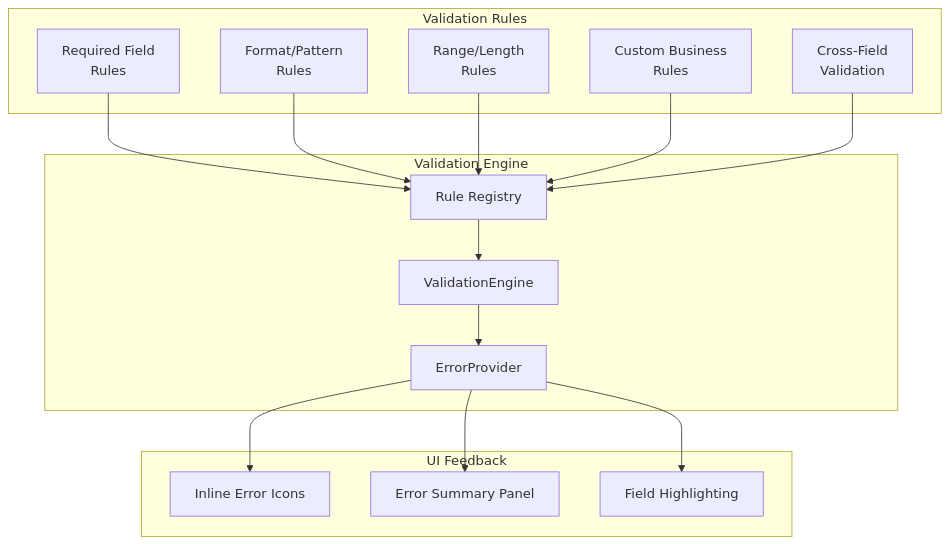
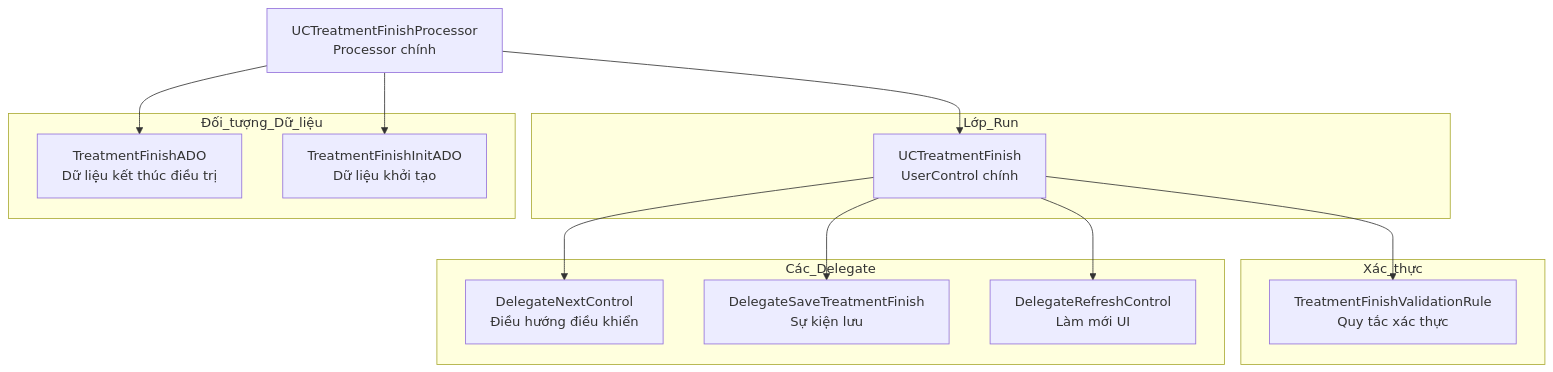
The third of 20 diagrams in docs/his-ba-documentation/02-modules/uc-controls/form-type-controls.md (thangpnb/HIS), drawn with Mermaid before and after one commit. The commit also changed other lines of this file and 30 other files, not shown here.

Commit message:
Refactor architecture docs and update translations

````diff
--- a/docs/his-ba-documentation/02-modules/uc-controls/form-type-controls.md
+++ b/docs/his-ba-documentation/02-modules/uc-controls/form-type-controls.md
@@ -240,35 +1011,32 @@
 ```mermaid
 graph TB
-    subgraph "Validation Rules"
-        Required["Required Field<br/>Rules"]
-        Format["Format/Pattern<br/>Rules"]
-        Range["Range/Length<br/>Rules"]
-        Custom["Custom Business<br/>Rules"]
-        CrossField["Cross-Field<br/>Validation"]
+    Processor["UCTreatmentFinishProcessor<br/>Processor chính"]
+    
+    subgraph "Lớp_Run"
+        UCTreatmentFinish["UCTreatmentFinish<br/>UserControl chính"]
     end
     
-    subgraph "Validation Engine"
-        Engine["ValidationEngine"]
-        RuleRegistry["Rule Registry"]
-        ErrorProvider["ErrorProvider"]
+    subgraph "Đối_tượng_Dữ_liệu"
+        TreatmentFinishADO["TreatmentFinishADO<br/>Dữ liệu kết thúc điều trị"]
+        TreatmentFinishInitADO["TreatmentFinishInitADO<br/>Dữ liệu khởi tạo"]
     end
     
-    subgraph "UI Feedback"
-        Inline["Inline Error Icons"]
-        Summary["Error Summary Panel"]
-        Highlight["Field Highlighting"]
+    subgraph "Xác_thực"
+        TreatmentFinishValidationRule["TreatmentFinishValidationRule<br/>Quy tắc xác thực"]
     end
     
-    Required --> RuleRegistry
-    Format --> RuleRegistry
-    Range --> RuleRegistry
-    Custom --> RuleRegistry
-    CrossField --> RuleRegistry
+    subgraph "Các_Delegate"
+        DelegateNextControl["DelegateNextControl<br/>Điều hướng điều khiển"]
+        DelegateSaveTreatmentFinish["DelegateSaveTreatmentFinish<br/>Sự kiện lưu"]
+        DelegateRefreshControl["DelegateRefreshControl<br/>Làm mới UI"]
+    end
     
-    RuleRegistry --> Engine
-    Engine --> ErrorProvider
+    Processor --> UCTreatmentFinish
+    Processor --> TreatmentFinishADO
+    Processor --> TreatmentFinishInitADO
     
-    ErrorProvider --> Inline
-    ErrorProvider --> Summary
-    ErrorProvider --> Highlight
+    UCTreatmentFinish --> TreatmentFinishValidationRule
+    UCTreatmentFinish --> DelegateNextControl
+    UCTreatmentFinish --> DelegateSaveTreatmentFinish
+    UCTreatmentFinish --> DelegateRefreshControl
 ```
````
